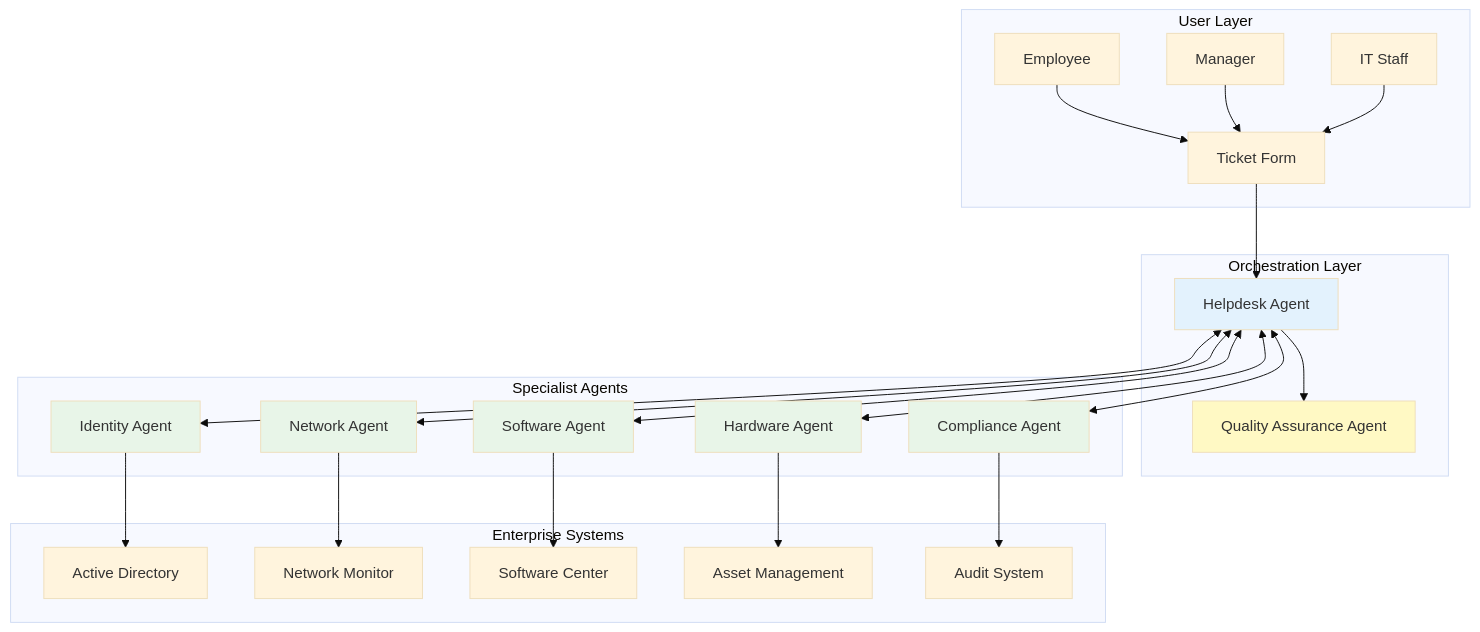
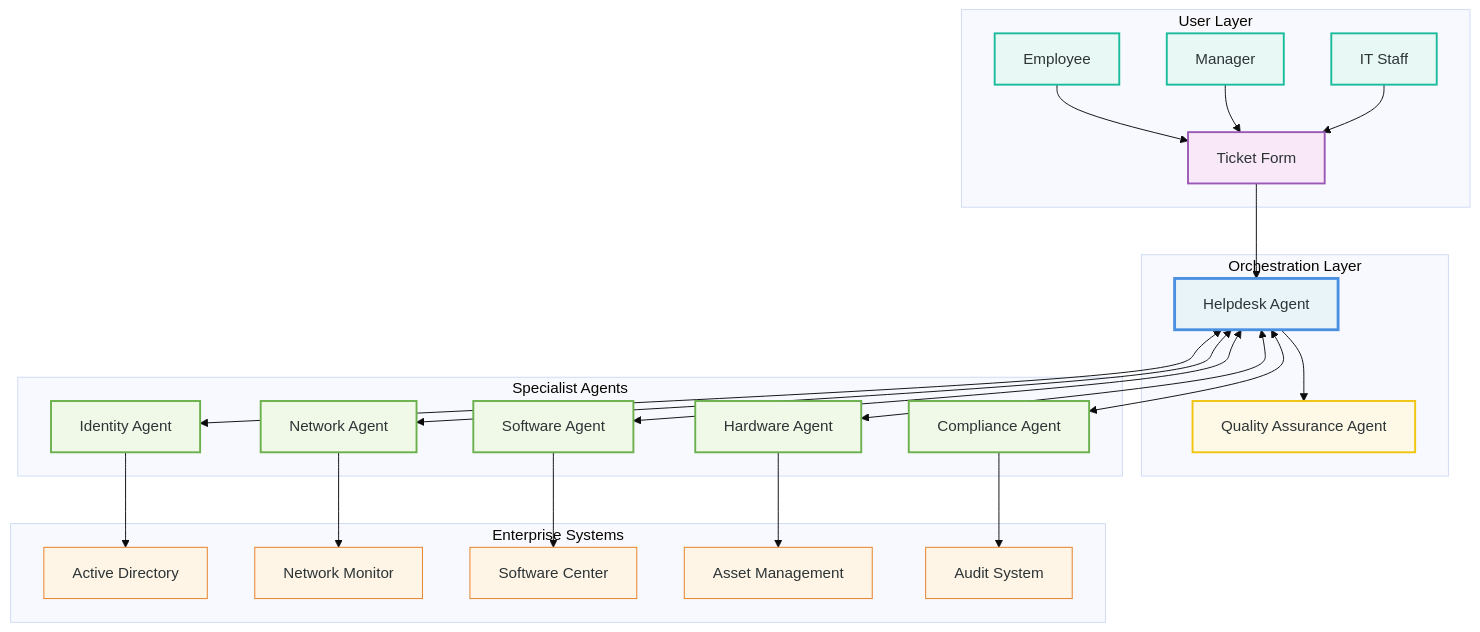
The fifth of 5 diagrams in 28-a2a.md (raphaelmansuy/tutorials), drawn with Mermaid (base theme) before and after one commit. The commit also changed other lines of this file, not shown here.

````diff
--- a/28-a2a.md
+++ b/28-a2a.md
@@ -960,37 +1043,46 @@
 ```mermaid
 graph TB
     subgraph "User Layer"
         U1[Employee] --> TF[Ticket Form]
         U2[Manager] --> TF
         U3[IT Staff] --> TF
     end
 
     subgraph "Orchestration Layer"
         TF --> HD[Helpdesk Agent]
         HD --> QA[Quality Assurance Agent]
     end
 
     subgraph "Specialist Agents"
         HD <--> IA[Identity Agent]
         HD <--> NA[Network Agent]
         HD <--> SA[Software Agent]
         HD <--> HA[Hardware Agent]
         HD <--> CA[Compliance Agent]
     end
 
     subgraph "Enterprise Systems"
         IA --> AD[Active Directory]
         NA --> NM[Network Monitor]
         SA --> SCCM[Software Center]
         HA --> ITSM[Asset Management]
         CA --> AUDIT[Audit System]
     end
 
-    style HD fill:#e3f2fd
-    style IA fill:#e8f5e8
-    style NA fill:#e8f5e8
-    style SA fill:#e8f5e8
-    style HA fill:#e8f5e8
-    style CA fill:#e8f5e8
-    style QA fill:#fff9c4
+    style HD fill:#e8f4f8,stroke:#4a90e2,stroke-width:3px,color:#2d3436
+    style IA fill:#f0f9e8,stroke:#6ab04c,stroke-width:2px,color:#2d3436
+    style NA fill:#f0f9e8,stroke:#6ab04c,stroke-width:2px,color:#2d3436
+    style SA fill:#f0f9e8,stroke:#6ab04c,stroke-width:2px,color:#2d3436
+    style HA fill:#f0f9e8,stroke:#6ab04c,stroke-width:2px,color:#2d3436
+    style CA fill:#f0f9e8,stroke:#6ab04c,stroke-width:2px,color:#2d3436
+    style QA fill:#fef9e7,stroke:#f1c40f,stroke-width:2px,color:#2d3436
+    style TF fill:#f8e8f8,stroke:#9b59b6,stroke-width:2px,color:#2d3436
+    style U1 fill:#e8f8f5,stroke:#1abc9c,stroke-width:2px,color:#2d3436
+    style U2 fill:#e8f8f5,stroke:#1abc9c,stroke-width:2px,color:#2d3436
+    style U3 fill:#e8f8f5,stroke:#1abc9c,stroke-width:2px,color:#2d3436
+    style AD fill:#fef5e7,stroke:#e67e22,stroke-width:1px,color:#2d3436
+    style NM fill:#fef5e7,stroke:#e67e22,stroke-width:1px,color:#2d3436
+    style SCCM fill:#fef5e7,stroke:#e67e22,stroke-width:1px,color:#2d3436
+    style ITSM fill:#fef5e7,stroke:#e67e22,stroke-width:1px,color:#2d3436
+    style AUDIT fill:#fef5e7,stroke:#e67e22,stroke-width:1px,color:#2d3436
 ```
````
